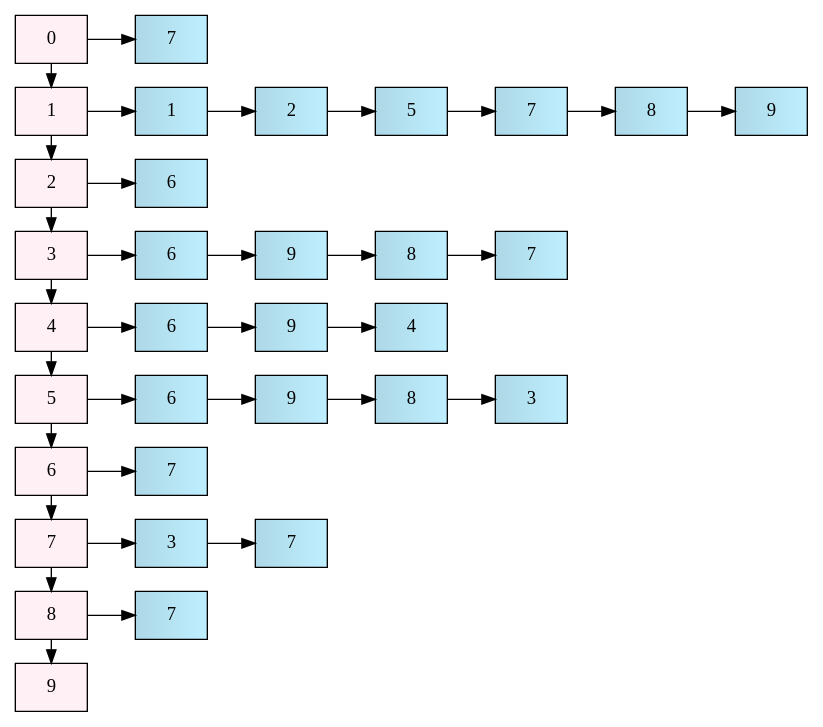
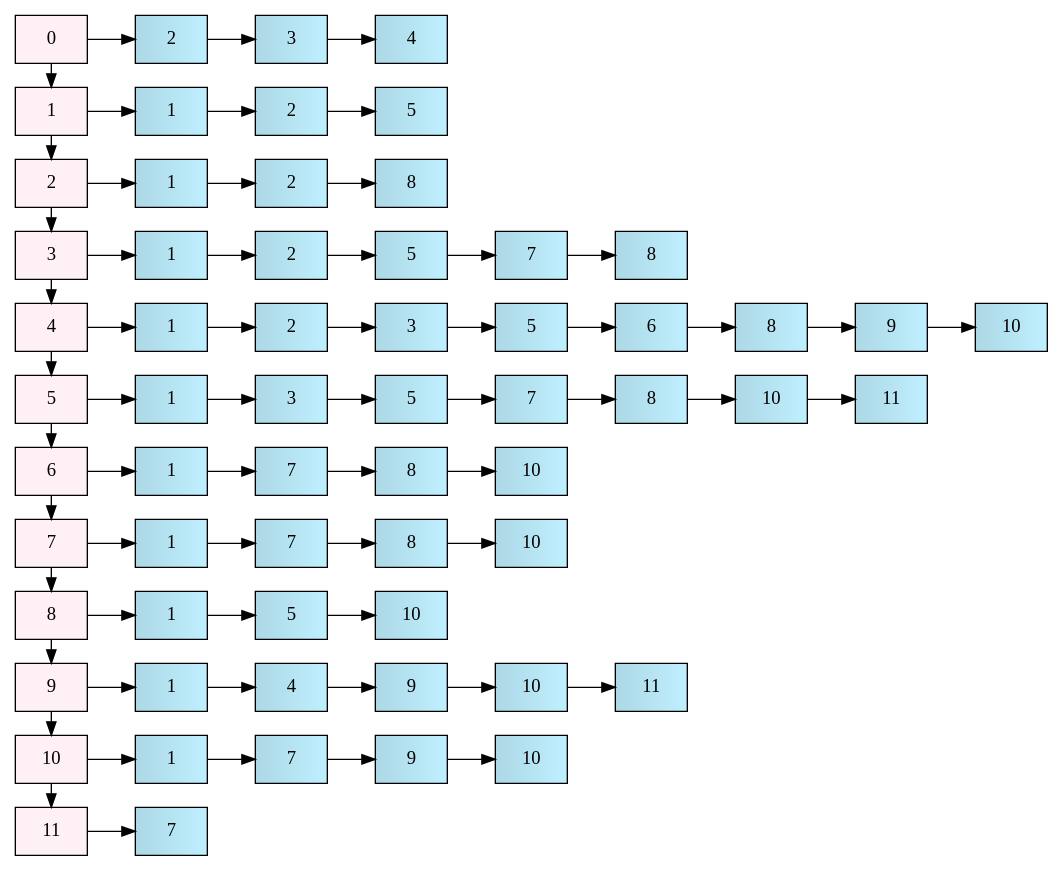
One commit to ASique-4/-EDD_2S-BatallaNaval_202012039 changed the diagram in Fase3/Interfaz/lista.dot. Above: the diagram before and after it, drawn with Graphviz. The commit also changed 16 other files, not shown here.

```diff
--- a/Fase3/Interfaz/lista.dot
+++ b/Fase3/Interfaz/lista.dot
@@ -1,49 +1,81 @@
 digraph G {
 graph [rankdir = LR ]
 node [ style=filled,shape = box, fillcolor="lavenderblush:lavenderblush1"]
-{rank = same; "i0" "i1" "i2" "i3" "i4" "i5" "i6" "i7" "i8" "i9" };
-"i0" [label = "0"]
-"i1" [label = "1"]
-"i2" [label = "2"]
-"i3" [label = "3"]
-"i4" [label = "4"]
-"i5" [label = "5"]
-"i6" [label = "6"]
-"i7" [label = "7"]
-"i8" [label = "8"]
-"i9" [label = "9"]
+{rank = same; "i0i" "i1i" "i2i" "i3i" "i4i" "i5i" "i6i" "i7i" "i8i" "i9i" "i10i" "i11i" };
+"i0i" [label = "0"]
+"i1i" [label = "1"]
+"i2i" [label = "2"]
+"i3i" [label = "3"]
+"i4i" [label = "4"]
+"i5i" [label = "5"]
+"i6i" [label = "6"]
+"i7i" [label = "7"]
+"i8i" [label = "8"]
+"i9i" [label = "9"]
+"i10i" [label = "10"]
+"i11i" [label = "11"]
 
-"i0" ->"i1" ->"i2" ->"i3" ->"i4" ->"i5" ->"i6" ->"i7" ->"i8" ->"i9" 
-i07 [label = "7", fillcolor="lightblue:lightblue1"];
-i0->i07
-i11 [label = "1", fillcolor="lightblue:lightblue1"];
-i12 [label = "2", fillcolor="lightblue:lightblue1"];
-i15 [label = "5", fillcolor="lightblue:lightblue1"];
-i17 [label = "7", fillcolor="lightblue:lightblue1"];
-i18 [label = "8", fillcolor="lightblue:lightblue1"];
-i19 [label = "9", fillcolor="lightblue:lightblue1"];
-i1->i11->i12->i15->i17->i18->i19
-i26 [label = "6", fillcolor="lightblue:lightblue1"];
-i2->i26
-i36 [label = "6", fillcolor="lightblue:lightblue1"];
-i39 [label = "9", fillcolor="lightblue:lightblue1"];
-i38 [label = "8", fillcolor="lightblue:lightblue1"];
-i37 [label = "7", fillcolor="lightblue:lightblue1"];
-i3->i36->i39->i38->i37
-i46 [label = "6", fillcolor="lightblue:lightblue1"];
-i49 [label = "9", fillcolor="lightblue:lightblue1"];
-i44 [label = "4", fillcolor="lightblue:lightblue1"];
-i4->i46->i49->i44
-i56 [label = "6", fillcolor="lightblue:lightblue1"];
-i59 [label = "9", fillcolor="lightblue:lightblue1"];
-i58 [label = "8", fillcolor="lightblue:lightblue1"];
-i53 [label = "3", fillcolor="lightblue:lightblue1"];
-i5->i56->i59->i58->i53
-i67 [label = "7", fillcolor="lightblue:lightblue1"];
-i6->i67
-i73 [label = "3", fillcolor="lightblue:lightblue1"];
-i77 [label = "7", fillcolor="lightblue:lightblue1"];
-i7->i73->i77
-i87 [label = "7", fillcolor="lightblue:lightblue1"];
-i8->i87
+"i0i" ->"i1i" ->"i2i" ->"i3i" ->"i4i" ->"i5i" ->"i6i" ->"i7i" ->"i8i" ->"i9i" ->"i10i" ->"i11i" 
+i0i2 [label = "2", fillcolor="lightblue:lightblue1"];
+i0i3 [label = "3", fillcolor="lightblue:lightblue1"];
+i0i4 [label = "4", fillcolor="lightblue:lightblue1"];
+i0i->i0i2->i0i3->i0i4
+i1i1 [label = "1", fillcolor="lightblue:lightblue1"];
+i1i2 [label = "2", fillcolor="lightblue:lightblue1"];
+i1i5 [label = "5", fillcolor="lightblue:lightblue1"];
+i1i->i1i1->i1i2->i1i5
+i2i1 [label = "1", fillcolor="lightblue:lightblue1"];
+i2i2 [label = "2", fillcolor="lightblue:lightblue1"];
+i2i8 [label = "8", fillcolor="lightblue:lightblue1"];
+i2i->i2i1->i2i2->i2i8
+i3i1 [label = "1", fillcolor="lightblue:lightblue1"];
+i3i2 [label = "2", fillcolor="lightblue:lightblue1"];
+i3i5 [label = "5", fillcolor="lightblue:lightblue1"];
+i3i7 [label = "7", fillcolor="lightblue:lightblue1"];
+i3i8 [label = "8", fillcolor="lightblue:lightblue1"];
+i3i->i3i1->i3i2->i3i5->i3i7->i3i8
+i4i1 [label = "1", fillcolor="lightblue:lightblue1"];
+i4i2 [label = "2", fillcolor="lightblue:lightblue1"];
+i4i3 [label = "3", fillcolor="lightblue:lightblue1"];
+i4i5 [label = "5", fillcolor="lightblue:lightblue1"];
+i4i6 [label = "6", fillcolor="lightblue:lightblue1"];
+i4i8 [label = "8", fillcolor="lightblue:lightblue1"];
+i4i9 [label = "9", fillcolor="lightblue:lightblue1"];
+i4i10 [label = "10", fillcolor="lightblue:lightblue1"];
+i4i->i4i1->i4i2->i4i3->i4i5->i4i6->i4i8->i4i9->i4i10
+i5i1 [label = "1", fillcolor="lightblue:lightblue1"];
+i5i3 [label = "3", fillcolor="lightblue:lightblue1"];
+i5i5 [label = "5", fillcolor="lightblue:lightblue1"];
+i5i7 [label = "7", fillcolor="lightblue:lightblue1"];
+i5i8 [label = "8", fillcolor="lightblue:lightblue1"];
+i5i10 [label = "10", fillcolor="lightblue:lightblue1"];
+i5i11 [label = "11", fillcolor="lightblue:lightblue1"];
+i5i->i5i1->i5i3->i5i5->i5i7->i5i8->i5i10->i5i11
+i6i1 [label = "1", fillcolor="lightblue:lightblue1"];
+i6i7 [label = "7", fillcolor="lightblue:lightblue1"];
+i6i8 [label = "8", fillcolor="lightblue:lightblue1"];
+i6i10 [label = "10", fillcolor="lightblue:lightblue1"];
+i6i->i6i1->i6i7->i6i8->i6i10
+i7i1 [label = "1", fillcolor="lightblue:lightblue1"];
+i7i7 [label = "7", fillcolor="lightblue:lightblue1"];
+i7i8 [label = "8", fillcolor="lightblue:lightblue1"];
+i7i10 [label = "10", fillcolor="lightblue:lightblue1"];
+i7i->i7i1->i7i7->i7i8->i7i10
+i8i1 [label = "1", fillcolor="lightblue:lightblue1"];
+i8i5 [label = "5", fillcolor="lightblue:lightblue1"];
+i8i10 [label = "10", fillcolor="lightblue:lightblue1"];
+i8i->i8i1->i8i5->i8i10
+i9i1 [label = "1", fillcolor="lightblue:lightblue1"];
+i9i4 [label = "4", fillcolor="lightblue:lightblue1"];
+i9i9 [label = "9", fillcolor="lightblue:lightblue1"];
+i9i10 [label = "10", fillcolor="lightblue:lightblue1"];
+i9i11 [label = "11", fillcolor="lightblue:lightblue1"];
+i9i->i9i1->i9i4->i9i9->i9i10->i9i11
+i10i1 [label = "1", fillcolor="lightblue:lightblue1"];
+i10i7 [label = "7", fillcolor="lightblue:lightblue1"];
+i10i9 [label = "9", fillcolor="lightblue:lightblue1"];
+i10i10 [label = "10", fillcolor="lightblue:lightblue1"];
+i10i->i10i1->i10i7->i10i9->i10i10
+i11i7 [label = "7", fillcolor="lightblue:lightblue1"];
+i11i->i11i7
 }
```
